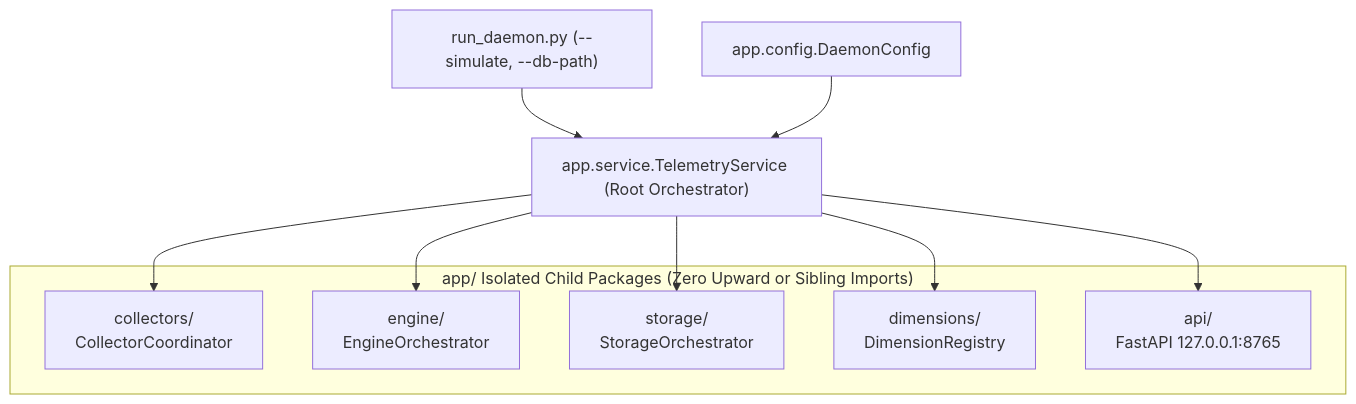
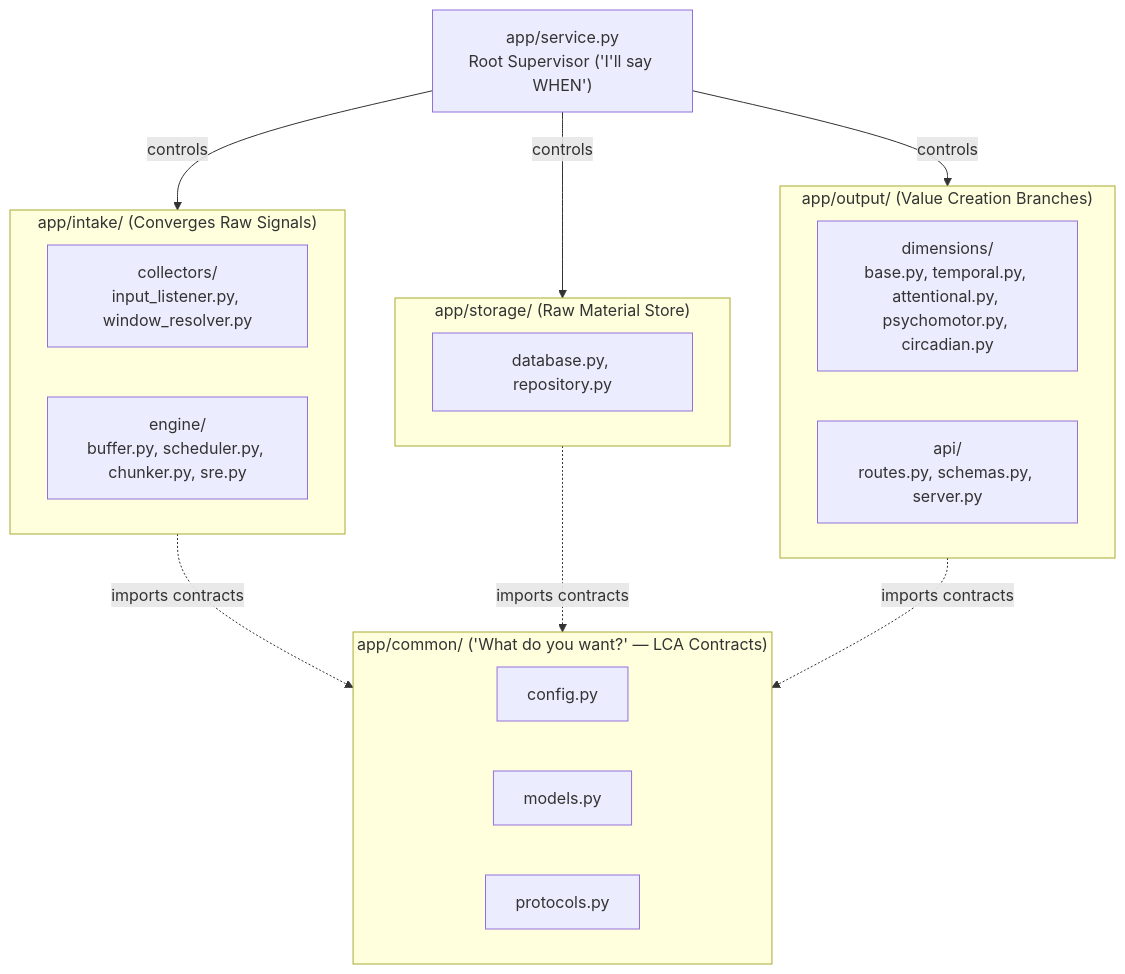
Before and after one commit to DevelopingPontus/Microservice-egg: the diagram in local/agent/app/AGENTS.md, drawn with Mermaid. The commit also changed other lines of this file and 82 other files, not shown here.

Commit message:
feat(local-agent): implement Sprint 2.3 localhost FastAPI gateway, Hourglass + LCA architecture, and live Prometheus/Grafana stack

````diff
--- a/local/agent/app/AGENTS.md
+++ b/local/agent/app/AGENTS.md
@@ -36,19 +45,32 @@
 ```mermaid
 flowchart TD
-    CLI["run_daemon.py (--simulate, --db-path)"] --> SVC["app.service.TelemetryService (Root Orchestrator)"]
-    CFG["app.config.DaemonConfig"] --> SVC
+    SVC["app/service.py<br/>Root Supervisor ('I'll say WHEN')"]
 
-    subgraph Subpackages["app/ Isolated Child Packages (Zero Upward or Sibling Imports)"]
-        COL["collectors/<br/>CollectorCoordinator"]
-        ENG["engine/<br/>EngineOrchestrator"]
-        STO["storage/<br/>StorageOrchestrator"]
-        DIM["dimensions/<br/>DimensionRegistry"]
-        API["api/<br/>FastAPI 127.0.0.1:8765"]
+    subgraph COMMON["app/common/ ('What do you want?' — LCA Contracts)"]
+        CFG["config.py"]
+        MOD["models.py"]
+        PRO["protocols.py"]
     end
 
-    SVC --> STO
-    SVC --> ENG
-    SVC --> COL
-    SVC --> DIM
-    SVC --> API
+    subgraph INTAKE["app/intake/ (Converges Raw Signals)"]
+        COL["collectors/<br/>input_listener.py, window_resolver.py"]
+        ENG["engine/<br/>buffer.py, scheduler.py, chunker.py, sre.py"]
+    end
+
+    subgraph STORAGE["app/storage/ (Raw Material Store)"]
+        STO["database.py, repository.py"]
+    end
+
+    subgraph OUTPUT["app/output/ (Value Creation Branches)"]
+        DIM["dimensions/<br/>base.py, temporal.py, attentional.py, psychomotor.py, circadian.py"]
+        API["api/<br/>routes.py, schemas.py, server.py"]
+    end
+
+    SVC -->|controls| INTAKE
+    SVC -->|controls| STORAGE
+    SVC -->|controls| OUTPUT
+
+    INTAKE -.->|imports contracts| COMMON
+    STORAGE -.->|imports contracts| COMMON
+    OUTPUT -.->|imports contracts| COMMON
 ```
````
